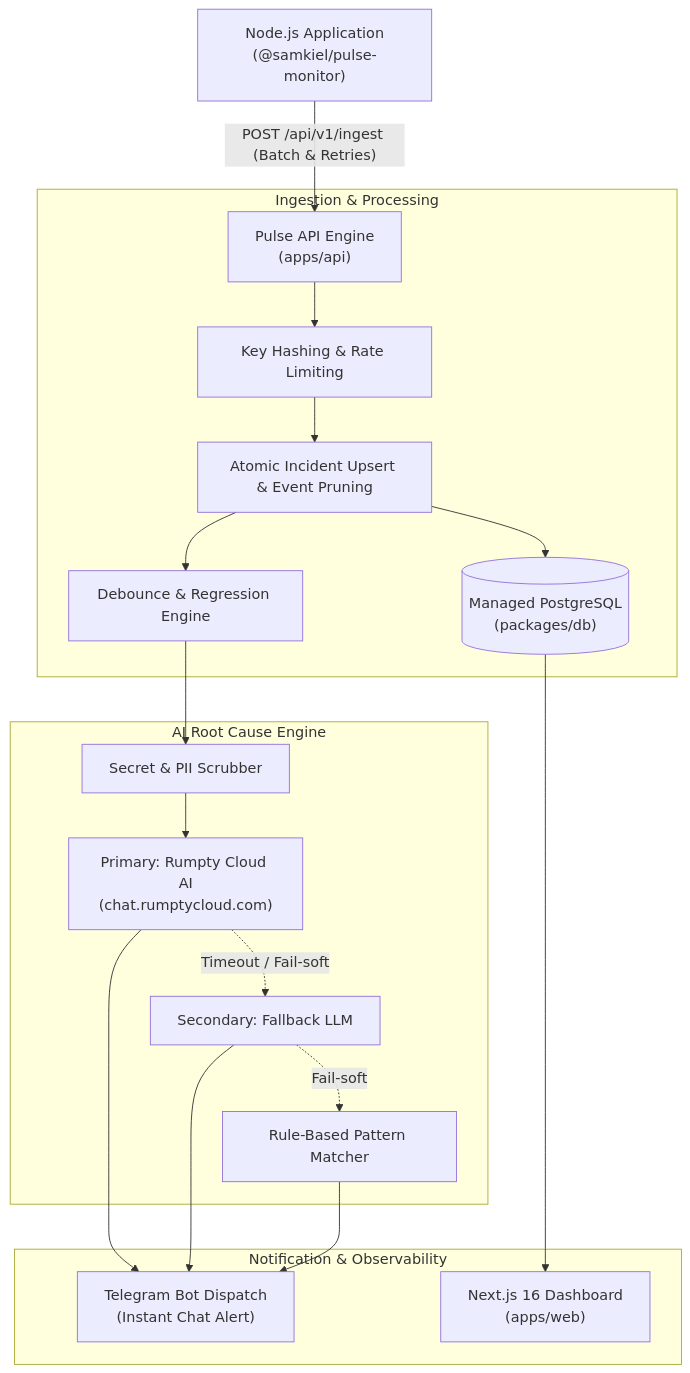
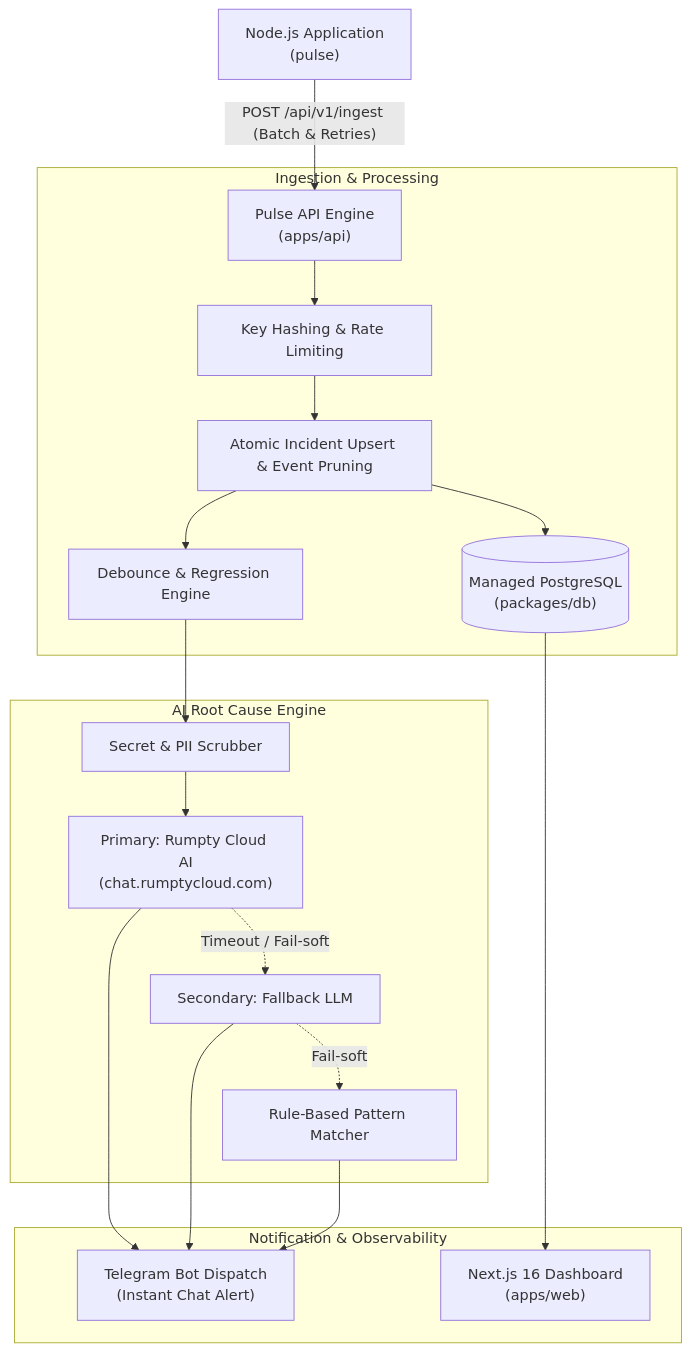
Before and after one commit to samkiell/Pulse: the diagram in README.md, drawn with Mermaid. The commit also changed other lines of this file and 16 other files, not shown here.

````diff
--- a/README.md
+++ b/README.md
@@ -26,25 +26,25 @@
 ```mermaid
 flowchart TD
-    App["Node.js Application<br>(@samkiel/pulse-monitor)"] -->|"POST /api/v1/ingest (Batch & Retries)"| API["Pulse API Engine<br>(apps/api)"]
+    App["Node.js Application<br>(pulse)"] -->|"POST /api/v1/ingest (Batch & Retries)"| API["Pulse API Engine<br>(apps/api)"]
     
     subgraph Ingestion & Processing
         API --> Auth["Key Hashing & Rate Limiting"]
         Auth --> Upsert["Atomic Incident Upsert & Event Pruning"]
         Upsert --> DB[("Managed PostgreSQL<br>(packages/db)")]
         Upsert --> Debounce["Debounce & Regression Engine"]
     end
 
     subgraph AI Root Cause Engine
         Debounce --> Scrubber["Secret & PII Scrubber"]
         Scrubber --> RumptyAI["Primary: Rumpty Cloud AI<br>(chat.rumptycloud.com)"]
         RumptyAI -.->|"Timeout / Fail-soft"| FallbackAI["Secondary: Fallback LLM"]
         FallbackAI -.->|"Fail-soft"| Heuristics["Rule-Based Pattern Matcher"]
     end
 
     subgraph Notification & Observability
         RumptyAI --> TG["Telegram Bot Dispatch<br>(Instant Chat Alert)"]
         FallbackAI --> TG
         Heuristics --> TG
         DB --> Web["Next.js 16 Dashboard<br>(apps/web)"]
     end
 ```
````
